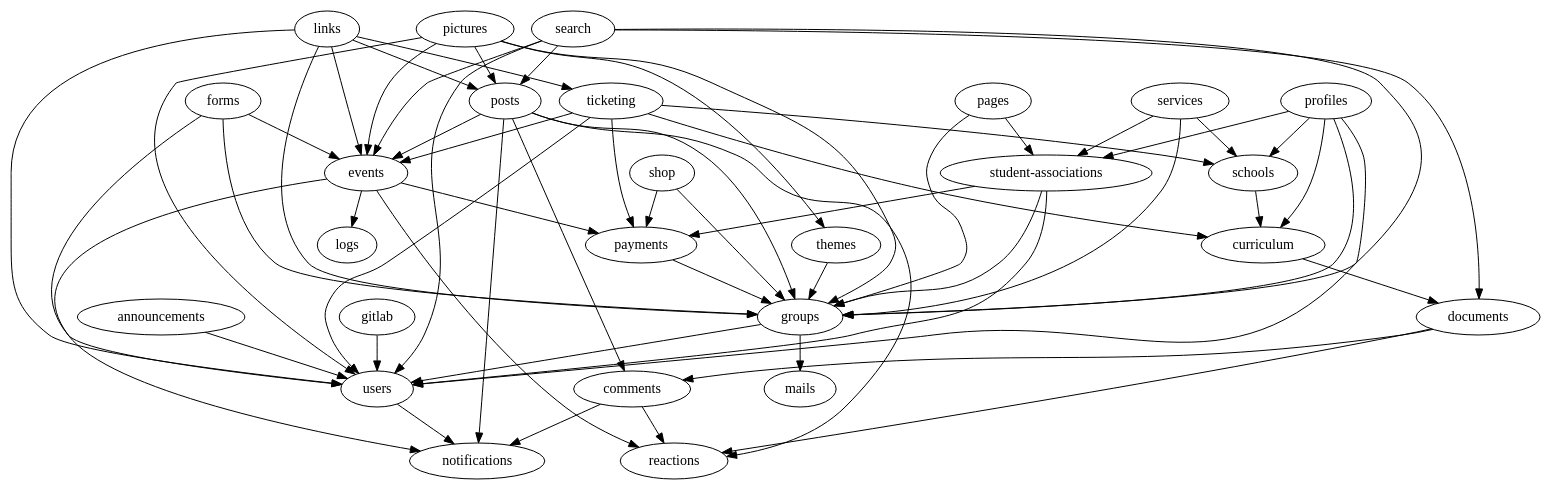
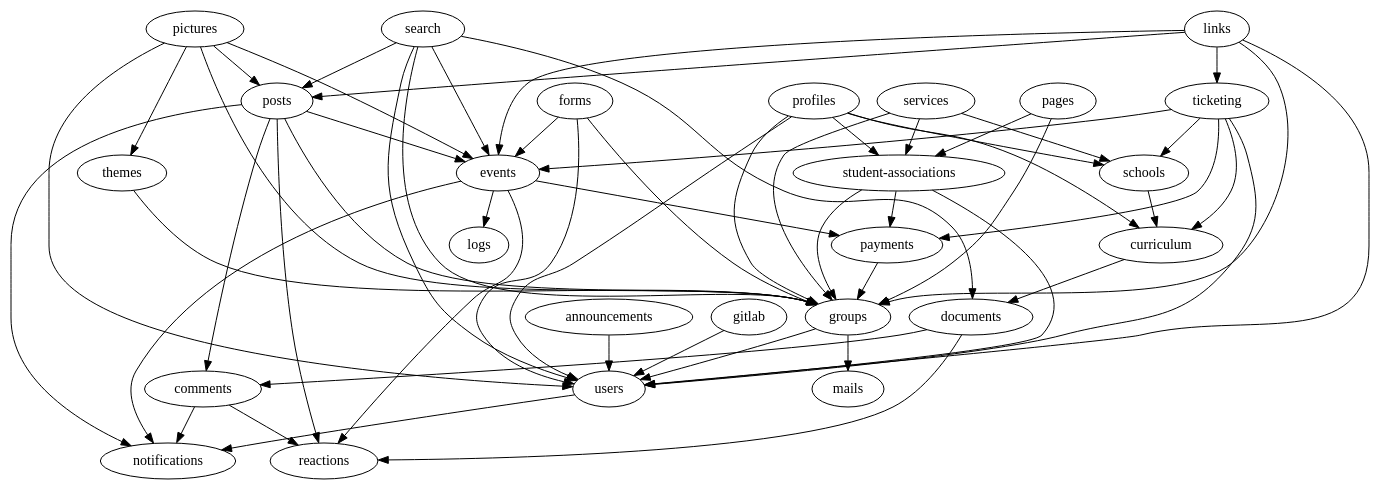
Before and after one commit to inp-net/churros: the diagram in packages/api/scripts/modules-import-graph.dot, drawn with Graphviz. The commit also changed 6 other files, not shown here.

First line of the commit message:
feat(docs): don't depend on the user having dot installed to generate modules import graph (closes #1199)

```diff
--- a/packages/api/scripts/modules-import-graph.dot
+++ b/packages/api/scripts/modules-import-graph.dot
@@ -1,62 +1,60 @@
 strict digraph ImportGraph {
     "announcements" -> "users";
     "comments" -> "notifications";
     "comments" -> "reactions";
     "curriculum" -> "documents";
     "documents" -> "comments";
     "documents" -> "reactions";
     "events" -> "logs";
     "events" -> "notifications";
     "events" -> "payments";
     "events" -> "reactions";
     "forms" -> "events";
     "forms" -> "groups";
     "forms" -> "users";
     "gitlab" -> "users";
     "groups" -> "mails";
     "groups" -> "users";
     "links" -> "events";
     "links" -> "groups";
     "links" -> "posts";
     "links" -> "ticketing";
     "links" -> "users";
     "pages" -> "groups";
     "pages" -> "student-associations";
     "payments" -> "groups";
     "pictures" -> "events";
     "pictures" -> "groups";
     "pictures" -> "posts";
     "pictures" -> "themes";
     "pictures" -> "users";
     "posts" -> "comments";
     "posts" -> "events";
     "posts" -> "groups";
     "posts" -> "notifications";
     "posts" -> "reactions";
     "profiles" -> "curriculum";
     "profiles" -> "groups";
     "profiles" -> "schools";
     "profiles" -> "student-associations";
     "profiles" -> "users";
     "schools" -> "curriculum";
     "search" -> "documents";
     "search" -> "events";
     "search" -> "groups";
     "search" -> "posts";
     "search" -> "users";
     "services" -> "groups";
     "services" -> "schools";
     "services" -> "student-associations";
-    "shop" -> "groups";
-    "shop" -> "payments";
     "student-associations" -> "groups";
     "student-associations" -> "payments";
     "student-associations" -> "users";
     "themes" -> "groups";
     "ticketing" -> "curriculum";
     "ticketing" -> "events";
     "ticketing" -> "payments";
     "ticketing" -> "schools";
     "ticketing" -> "users";
     "users" -> "notifications";
 }
```
